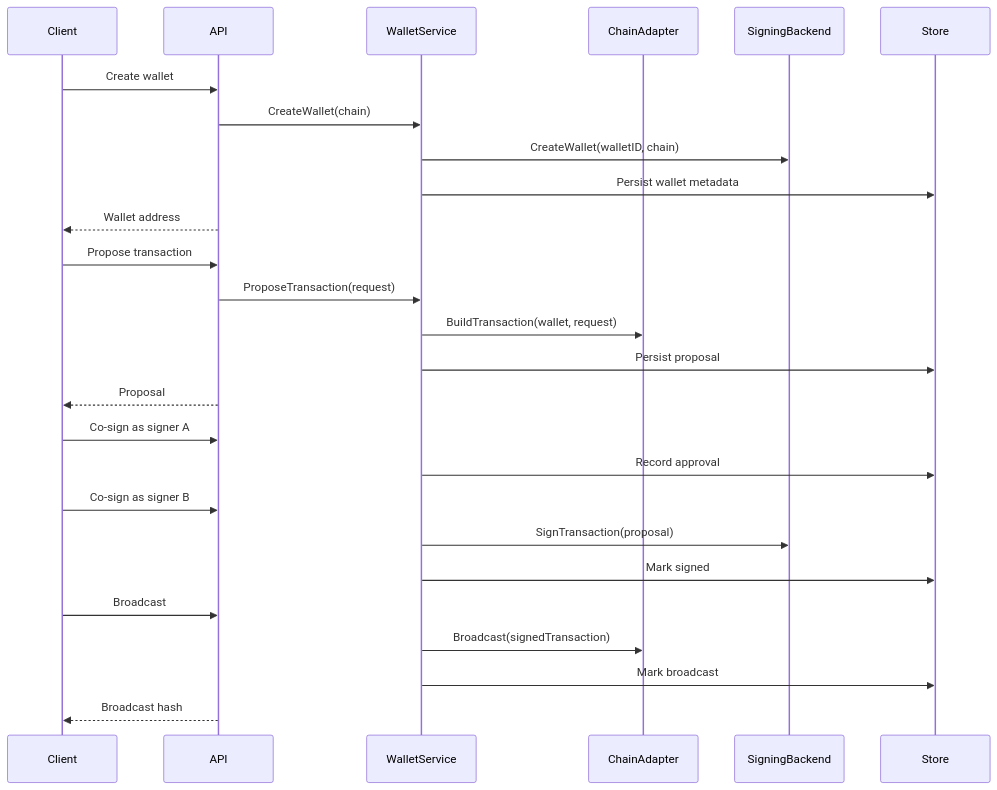
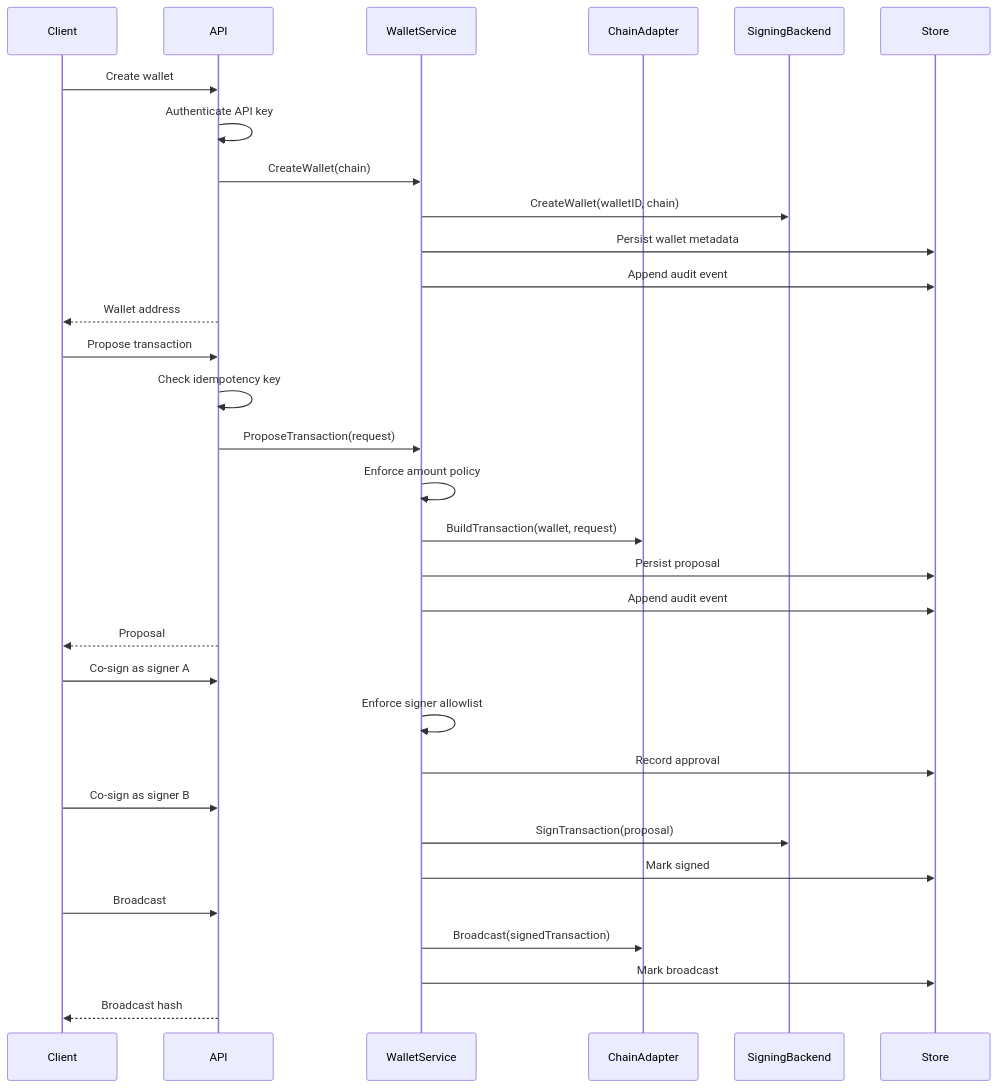
The diagram in docs/design.md (rvmz/mpc-custody), drawn with Mermaid before and after one commit. The commit also changed other lines of this file and 3 other files, not shown here.

````diff
--- a/docs/design.md
+++ b/docs/design.md
@@ -24,32 +25,38 @@
 ```mermaid
 sequenceDiagram
     participant Client
     participant API
     participant WalletService
     participant ChainAdapter
     participant SigningBackend
     participant Store
 
     Client->>API: Create wallet
+    API->>API: Authenticate API key
     API->>WalletService: CreateWallet(chain)
     WalletService->>SigningBackend: CreateWallet(walletID, chain)
     WalletService->>Store: Persist wallet metadata
+    WalletService->>Store: Append audit event
     API-->>Client: Wallet address
 
     Client->>API: Propose transaction
+    API->>API: Check idempotency key
     API->>WalletService: ProposeTransaction(request)
+    WalletService->>WalletService: Enforce amount policy
     WalletService->>ChainAdapter: BuildTransaction(wallet, request)
     WalletService->>Store: Persist proposal
+    WalletService->>Store: Append audit event
     API-->>Client: Proposal
 
     Client->>API: Co-sign as signer A
+    WalletService->>WalletService: Enforce signer allowlist
     WalletService->>Store: Record approval
     Client->>API: Co-sign as signer B
     WalletService->>SigningBackend: SignTransaction(proposal)
     WalletService->>Store: Mark signed
 
     Client->>API: Broadcast
     WalletService->>ChainAdapter: Broadcast(signedTransaction)
     WalletService->>Store: Mark broadcast
     API-->>Client: Broadcast hash
 ```
````
